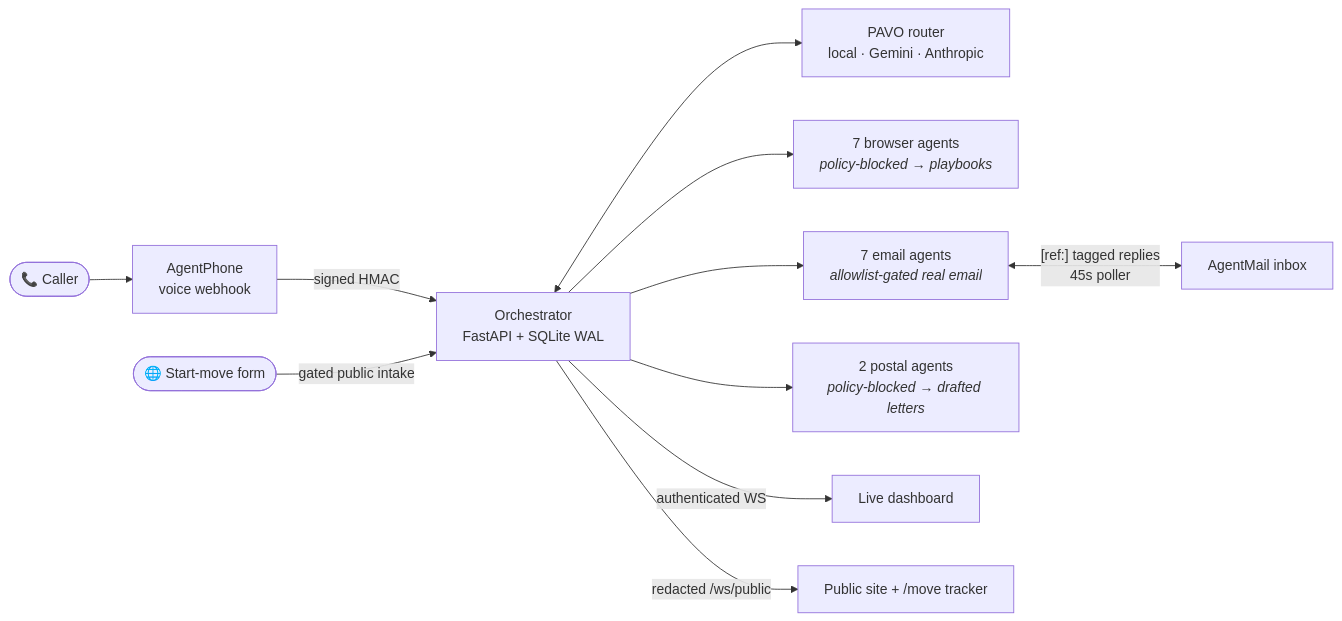
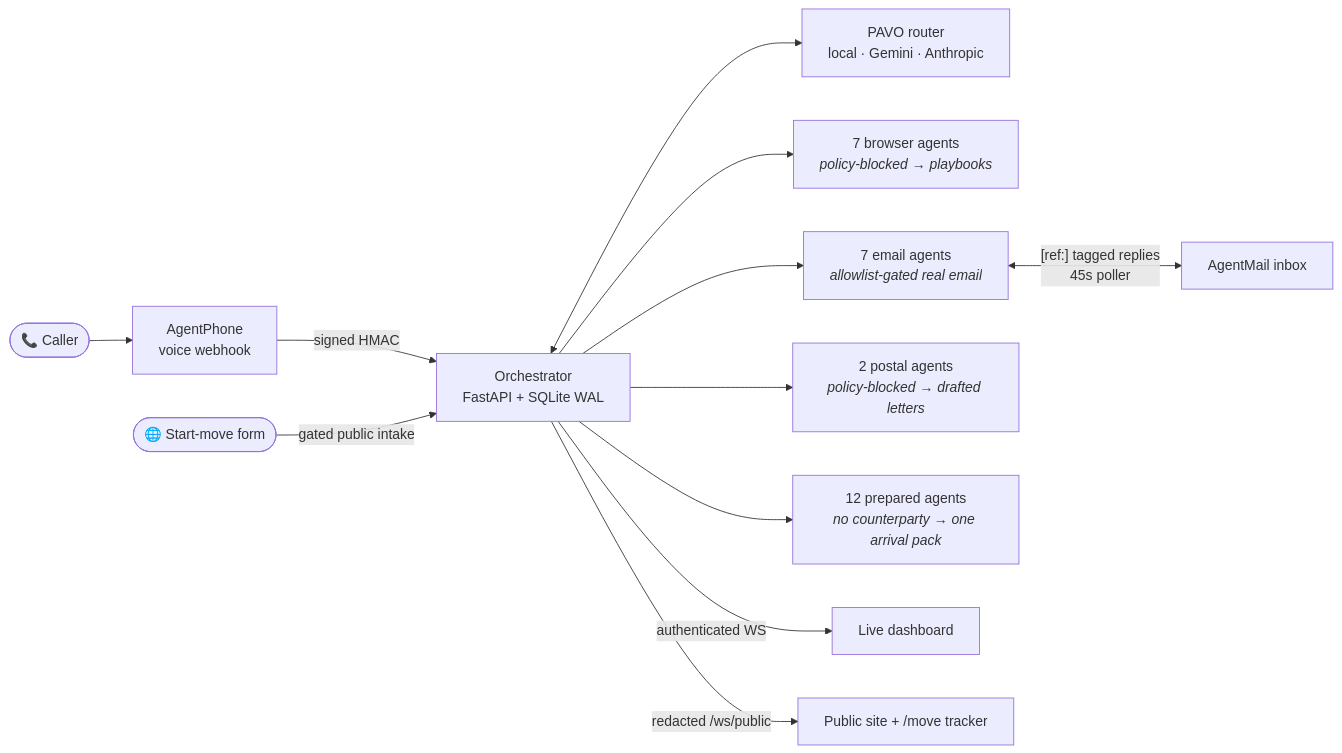
Before and after one commit to vnmoorthy/relocate-ai: the diagram in README.md, drawn with Mermaid. The commit also changed other lines of this file and 18 other files, not shown here.

````diff
--- a/README.md
+++ b/README.md
@@ -79,13 +85,14 @@
 ```mermaid
 flowchart LR
     caller(["📞 Caller"]) --> phone["AgentPhone<br/>voice webhook"]
     phone -->|"signed HMAC"| orch["Orchestrator<br/>FastAPI + SQLite WAL"]
     web(["🌐 Start-move form"]) -->|"gated public intake"| orch
     orch <--> pavo["PAVO router<br/>local · Gemini · Anthropic"]
     orch --> browser["7 browser agents<br/><i>policy-blocked → playbooks</i>"]
     orch --> email["7 email agents<br/><i>allowlist-gated real email</i>"]
     orch --> mail["2 postal agents<br/><i>policy-blocked → drafted letters</i>"]
+    orch --> prep["12 prepared agents<br/><i>no counterparty → one arrival pack</i>"]
     email <-->|"[ref:] tagged replies<br/>45s poller"| inbox["AgentMail inbox"]
     orch -->|"authenticated WS"| dash["Live dashboard"]
     orch -->|"redacted /ws/public"| site["Public site + /move tracker"]
 ```
````
